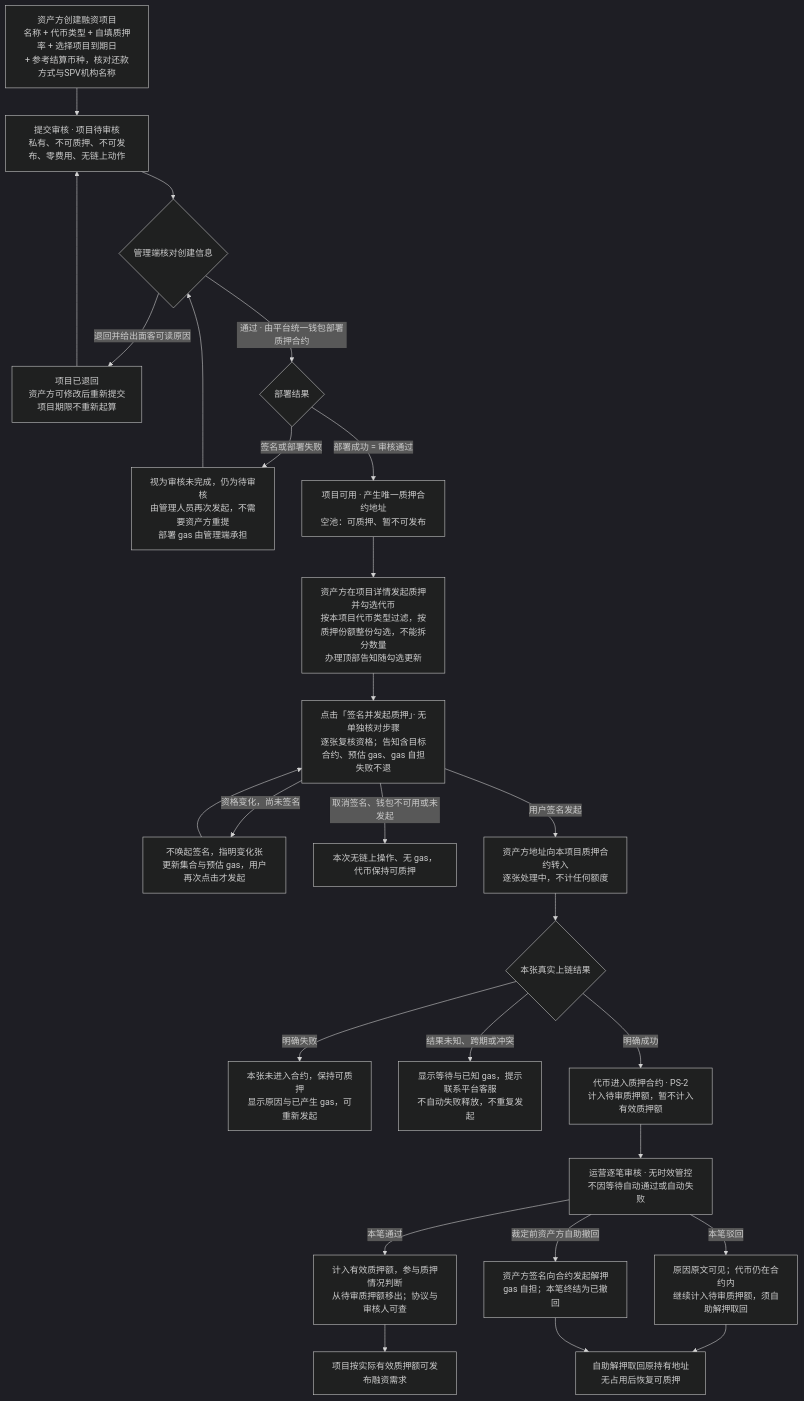
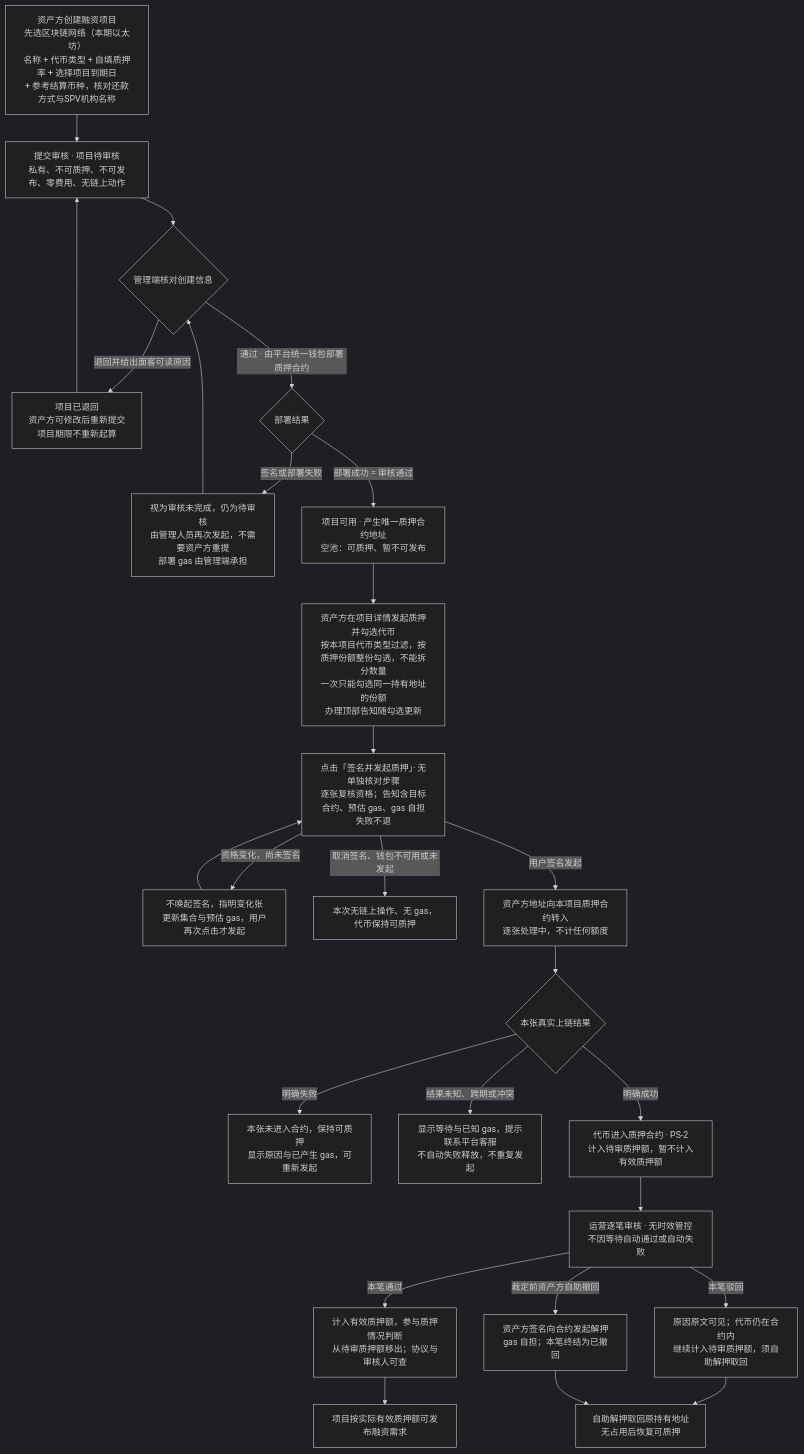
The first of 10 diagrams in lending-platform/PRD/面客端/05-借贷广场-融资需求与代币质押/02-融资需求与代币质押-流程图与状态机.md (wxblockchain/Chain-Financing), drawn with Mermaid (dark theme) before and after one commit. The commit also changed other lines of this file and 5 other files, not shown here.

````diff
--- a/lending-platform/PRD/面客端/05-借贷广场-融资需求与代币质押/02-融资需求与代币质押-流程图与状态机.md
+++ b/lending-platform/PRD/面客端/05-借贷广场-融资需求与代币质押/02-融资需求与代币质押-流程图与状态机.md
@@ -25,28 +25,28 @@
 ```mermaid
 flowchart TD
-  A0["资产方创建融资项目<br/>名称 + 代币类型 + 自填质押率 + 选择项目到期日<br/>+ 参考结算币种，核对还款方式与SPV机构名称"] --> A1["提交审核 · 项目待审核<br/>私有、不可质押、不可发布、零费用、无链上动作"]
+  A0["资产方创建融资项目<br/>先选区块链网络（本期以太坊）<br/>名称 + 代币类型 + 自填质押率 + 选择项目到期日<br/>+ 参考结算币种，核对还款方式与SPV机构名称"] --> A1["提交审核 · 项目待审核<br/>私有、不可质押、不可发布、零费用、无链上动作"]
   A1 --> A2{"管理端核对创建信息"}
   A2 -- "退回并给出面客可读原因" --> A3["项目已退回<br/>资产方可修改后重新提交<br/>项目期限不重新起算"]
   A3 --> A1
   A2 -- "通过 · 由平台统一钱包部署质押合约" --> A4{"部署结果"}
   A4 -- "签名或部署失败" --> A5["视为审核未完成，仍为待审核<br/>由管理人员再次发起，不需要资产方重提<br/>部署 gas 由管理端承担"]
   A5 --> A2
   A4 -- "部署成功 = 审核通过" --> A6["项目可用 · 产生唯一质押合约地址<br/>空池：可质押、暂不可发布"]
-  A6 --> A["资产方在项目详情发起质押并勾选代币<br/>按本项目代币类型过滤，按质押份额整份勾选，不能拆分数量<br/>办理顶部告知随勾选更新"]
+  A6 --> A["资产方在项目详情发起质押并勾选代币<br/>按本项目代币类型过滤，按质押份额整份勾选，不能拆分数量<br/>一次只能勾选同一持有地址的份额<br/>办理顶部告知随勾选更新"]
   A --> H["点击「签名并发起质押」· 无单独核对步骤<br/>逐张复核资格；告知含目标合约、预估 gas、gas 自担失败不退"]
   H -- "资格变化，尚未签名" --> I["不唤起签名，指明变化张<br/>更新集合与预估 gas，用户再次点击才发起"]
   I --> H
   H -- "取消签名、钱包不可用或未发起" --> J["本次无链上操作、无 gas，代币保持可质押"]
   H -- "用户签名发起" --> K["资产方地址向本项目质押合约转入<br/>逐张处理中，不计任何额度"]
   K --> L{"本张真实上链结果"}
   L -- "明确失败" --> N["本张未进入合约，保持可质押<br/>显示原因与已产生 gas，可重新发起"]
   L -- "结果未知、跨期或冲突" --> O["显示等待与已知 gas，提示联系平台客服<br/>不自动失败释放，不重复发起"]
   L -- "明确成功" --> M["代币进入质押合约 · PS-2<br/>计入待审质押额，暂不计入有效质押额"]
   M --> C["运营逐笔审核 · 无时效管控<br/>不因等待自动通过或自动失败"]
   C -- "本笔通过" --> P["计入有效质押额，参与质押情况判断<br/>从待审质押额移出；协议与审核人可查"]
   C -- "本笔驳回" --> Q["原因原文可见；代币仍在合约内<br/>继续计入待审质押额，须自助解押取回"]
   C -- "裁定前资产方自助撤回" --> R["资产方签名向合约发起解押<br/>gas 自担；本笔终结为已撤回"]
   Q --> S["自助解押取回原持有地址<br/>无占用后恢复可质押"]
   R --> S
   P --> T["项目按实际有效质押额可发布融资需求"]
 ```
````
